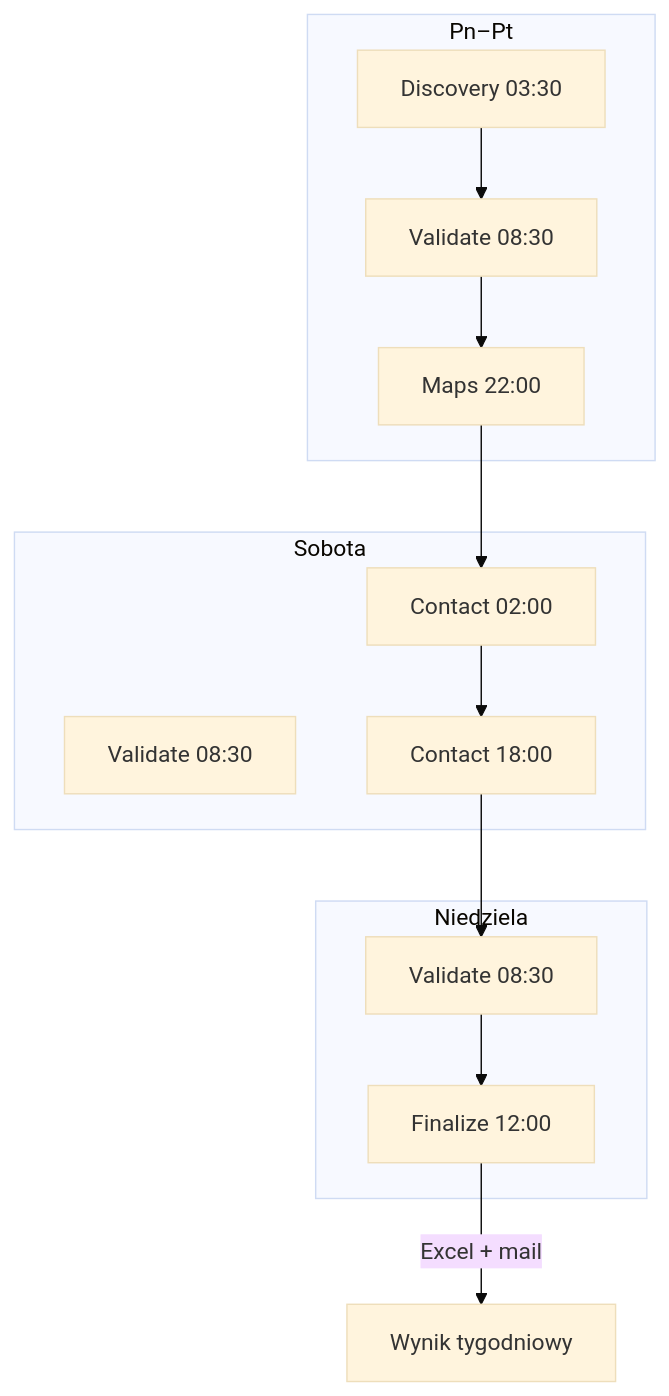
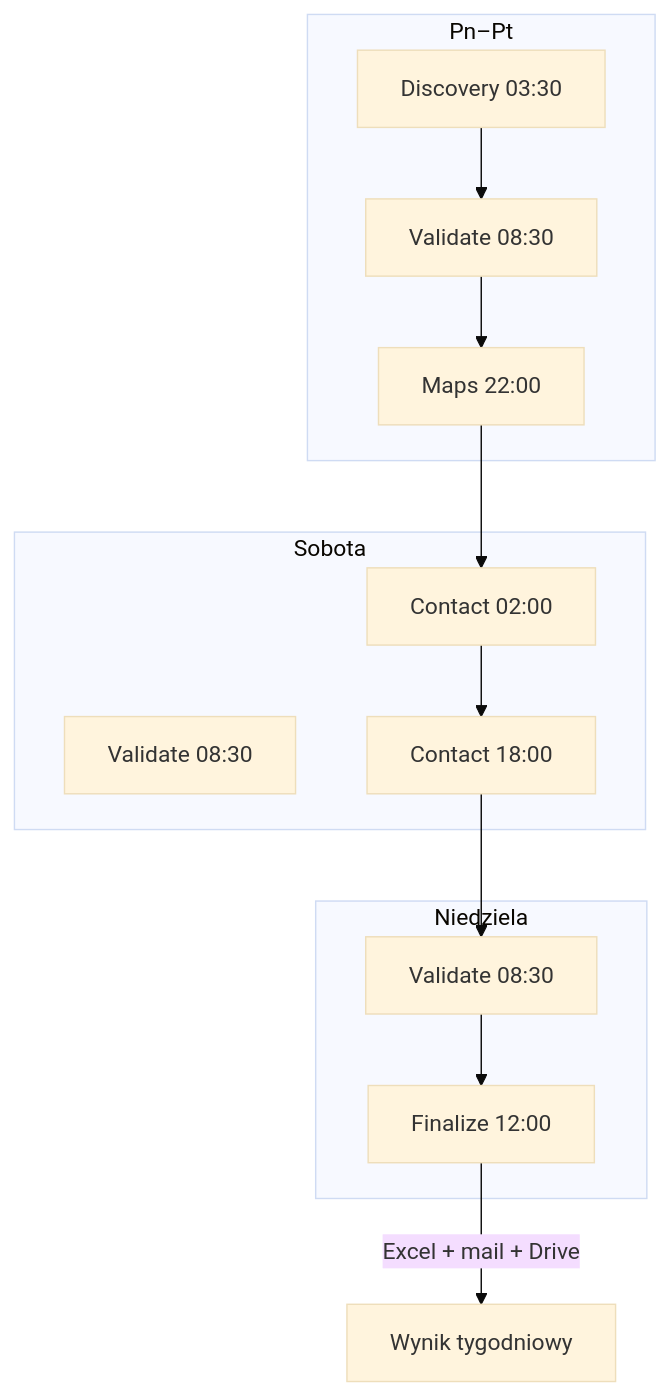
The diagram in docs/ARCHITEKTURA.md (Bigmax1993/scraping-sklepow), drawn with Mermaid (base theme) before and after one commit. The commit also changed other lines of this file and 4 other files, not shown here.

````diff
--- a/docs/ARCHITEKTURA.md
+++ b/docs/ARCHITEKTURA.md
@@ -313,24 +332,24 @@
 ```mermaid
 flowchart TB
     subgraph weekday [Pn–Pt]
         D[Discovery 03:30]
         V[Validate 08:30]
         M[Maps 22:00]
     end
     subgraph saturday [Sobota]
         C1[Contact 02:00]
         V2[Validate 08:30]
         C2[Contact 18:00]
     end
     subgraph sunday [Niedziela]
         V3[Validate 08:30]
         F[Finalize 12:00]
     end
     D --> V
     V --> M
     M --> C1
     C1 --> C2
     C2 --> V3
     V3 --> F
-    F -->|Excel + mail| OUT[Wynik tygodniowy]
+    F -->|Excel + mail + Drive| OUT[Wynik tygodniowy]
 ```
````
